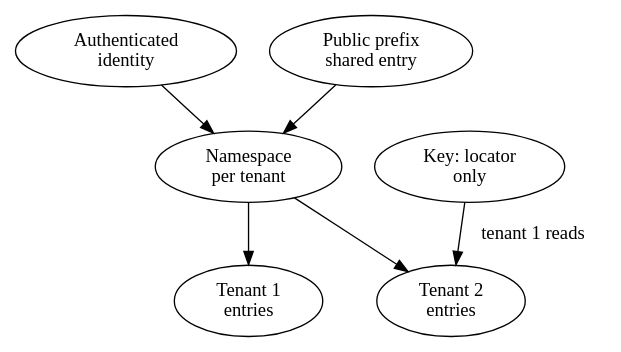
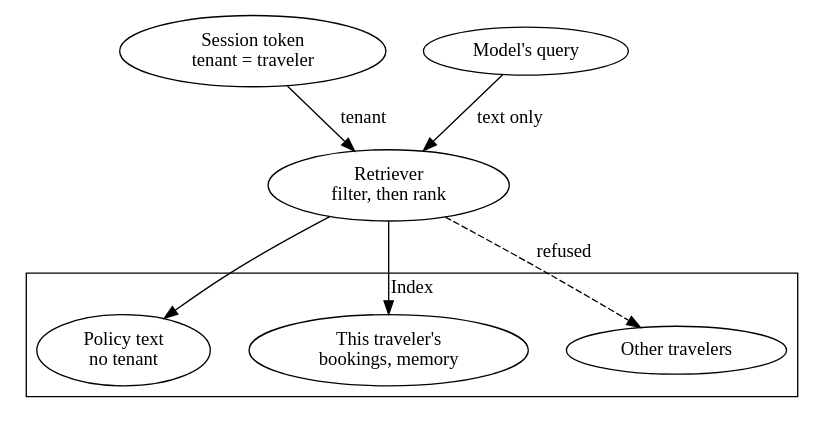
Before and after one commit to rajesh1008/system-design-book: the diagram in figures/src/ch11/fig-11-6.dot, drawn with Graphviz. The commit also changed 281 other files, not shown here.

```diff
--- a/figures/src/ch11/fig-11-6.dot
+++ b/figures/src/ch11/fig-11-6.dot
@@ -1,21 +1,23 @@
-// Figure 11.6  Cache isolation across tenants
-// Reading order: top to bottom. The public prefix (instructions and
-// policy) is cached once for everyone. Anything after it is cached under
-// a namespace taken from the authenticated identity. The bug path keys
-// the summary cache by record locator alone and serves one traveler's
-// entry to another.
-digraph cache {
+// Figure 11.5  Tenant separation in retrieval and memory
+// Reading order: top to bottom. The tenant comes from the session token,
+// never from the model's arguments. The retriever filters inside the
+// index before ranking; shared policy text has no tenant, and each
+// customer's bookings and memory sit in their own partition.
+digraph tenants {
 #include "book.gv"
-  rankdir=TB; nodesep=0.35; ranksep=0.45;
-  id [label="Authenticated\nidentity", class="policy gate"];
-  pre [label="Public prefix\nshared entry", class="knowledge store"];
-  ns [label="Namespace\nper tenant", class="policy"];
-  t1 [label="Tenant 1\nentries", class="knowledge store"];
-  t2 [label="Tenant 2\nentries", class="knowledge store"];
-  bug [label="Key: locator\nonly", class="fail"];
-  id -> ns [class="policy"];
-  pre -> ns [class="data"];
-  ns -> t1 [class="data"];
-  ns -> t2 [class="data"];
-  bug -> t2 [label=" tenant 1 reads", class="fail"];
+  rankdir=TB; nodesep=0.4; ranksep=0.45;
+  tok [label="Session token\ntenant = traveler", class="policy gate"];
+  q [label="Model's query", class="model"];
+  r [label="Retriever\nfilter, then rank", class="knowledge"];
+  subgraph cluster_i { label="Index"; class="plane-knowledge";
+    pub [label="Policy text\nno tenant", class="knowledge store"];
+    mine [label="This traveler's\nbookings, memory", class="knowledge store"];
+    other [label="Other travelers", class="knowledge store"];
+  }
+  tok -> r [label=" tenant", class="policy"];
+  q -> r [label=" text only", class="data"];
+  r -> pub [class="data"];
+  r -> mine [class="emphasis"];
+  r -> other [label=" refused", class="fail", style=dashed];
+  { rank=same; tok; q; }
 }
```
